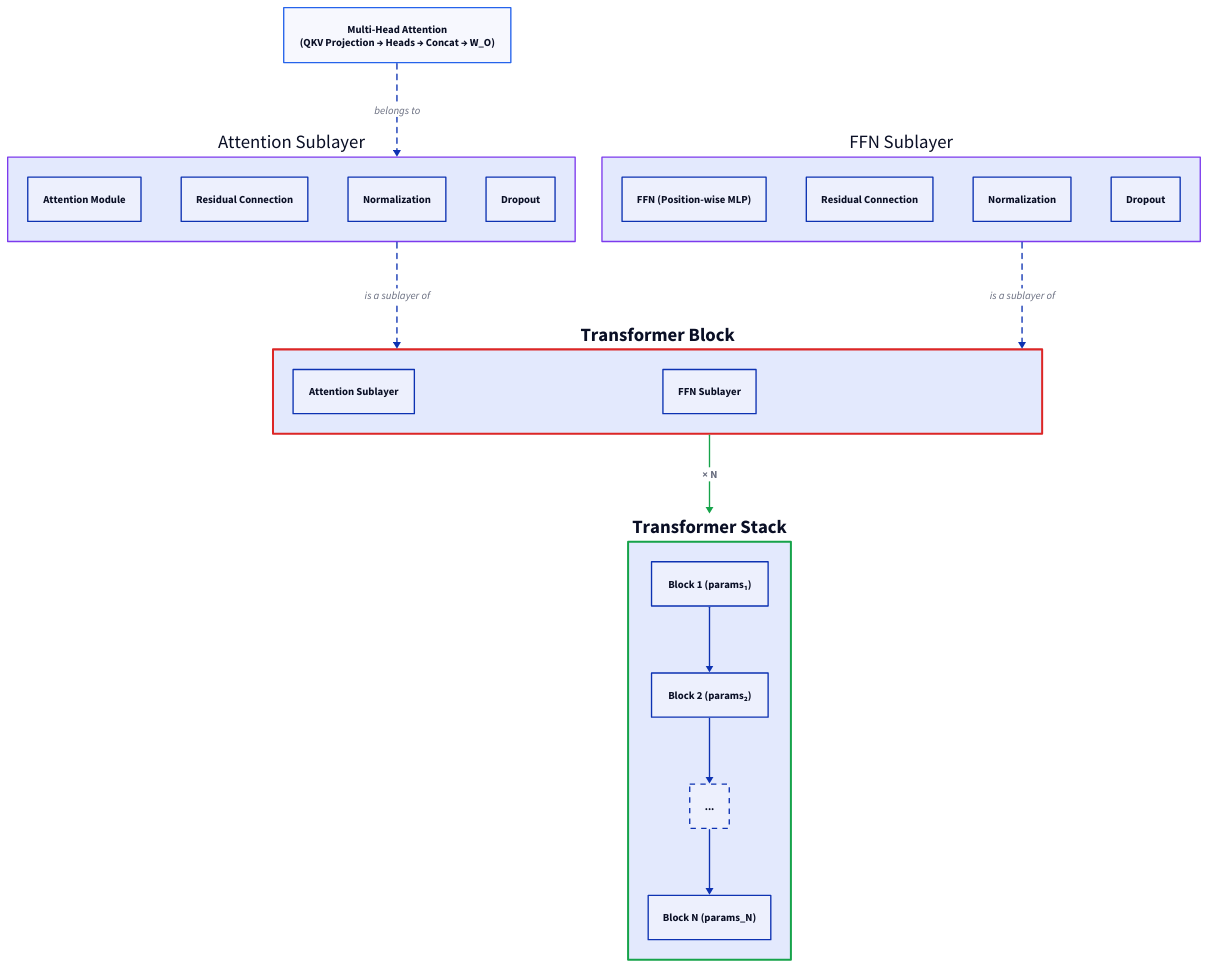
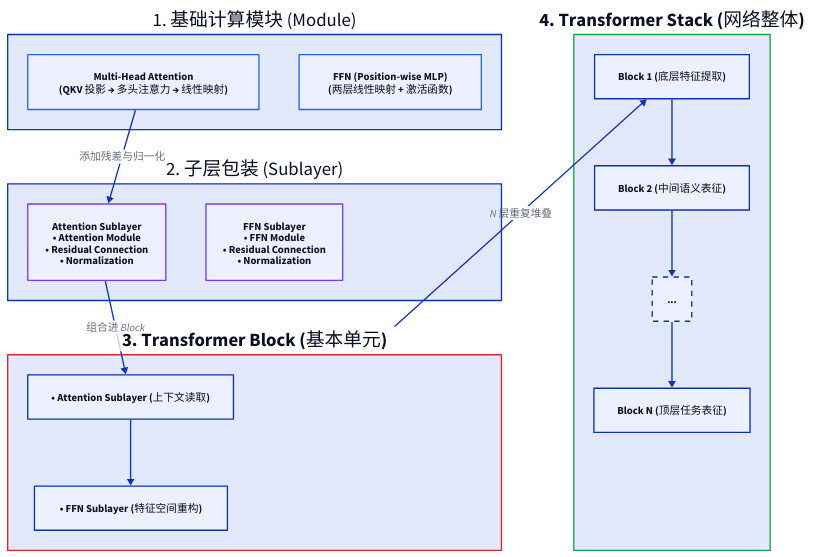
One commit to 111qqz/111qqz.github.io changed the diagram in images/transformer-block-residual-stream/terminology-hierarchy.d2. Above: the diagram before and after it, drawn with D2. The commit also changed 664 other files, not shown here.

Commit message:
fix: 修复近一月博文AI味、修正分类并重构超高D2图表 111qqz/hugo-blog@6bf4f5b307e531cbd004f0fceee9afe3fb040510

```diff
--- a/images/transformer-block-residual-stream/terminology-hierarchy.d2
+++ b/images/transformer-block-residual-stream/terminology-hierarchy.d2
@@ -1,66 +1,51 @@
-direction: down
+grid-columns: 2
 
-mha: Multi-Head Attention Module {
-  style.stroke: "#2563eb"
+modules: "1. 基础计算模块 (Module)" {
+  direction: down
+  mha: "Multi-Head Attention\n(QKV 投影 → 多头注意力 → 线性映射)" {
+    style.stroke: "#2563eb"
+    style.bold: true
+  }
+  ffn: "FFN (Position-wise MLP)\n(两层线性映射 + 激活函数)" {
+    style.stroke: "#2563eb"
+    style.bold: true
+  }
+}
+
+sublayers: "2. 子层包装 (Sublayer)" {
+  direction: down
+  attn_sub: "Attention Sublayer\n• Attention Module\n• Residual Connection\n• Normalization" {
+    style.stroke: "#7c3aed"
+    style.bold: true
+  }
+  ffn_sub: "FFN Sublayer\n• FFN Module\n• Residual Connection\n• Normalization" {
+    style.stroke: "#7c3aed"
+    style.bold: true
+  }
+}
+
+block: "3. Transformer Block (基本单元)" {
+  direction: down
+  style.stroke: "#dc2626"
   style.stroke-width: 2
   style.bold: true
-  label: "Multi-Head Attention\n(QKV Projection → Heads → Concat → W_O)"
+  b_top: "• Attention Sublayer (上下文读取)"
+  b_bot: "• FFN Sublayer (特征空间重构)"
+  b_top -> b_bot
 }
 
-attn-sublayer: Attention Sublayer {
-  style.stroke: "#7c3aed"
+stack: "4. Transformer Stack (网络整体)" {
+  direction: down
+  style.stroke: "#16a34a"
   style.stroke-width: 2
-  attn: Attention Module
-  res: Residual Connection
-  norm: Normalization
-  dropout: Dropout
+  style.bold: true
+  b1: "Block 1 (底层特征提取)"
+  b2: "Block 2 (中间语义表征)"
+  dots: "..." {style.stroke-dash: 4}
+  bn: "Block N (顶层任务表征)"
+  b1 -> b2 -> dots -> bn
 }
 
-ffn-sublayer: FFN Sublayer {
-  style.stroke: "#7c3aed"
-  style.stroke-width: 2
-  ffn: FFN (Position-wise MLP)
-  res2: Residual Connection
-  norm2: Normalization
-  dropout2: Dropout
-}
-
-block: Transformer Block {
-  style.stroke: "#dc2626"
-  style.stroke-width: 3
-  style.bold: true
-  attn-sub: Attention Sublayer
-  ffn-sub: FFN Sublayer
-}
-
-stack: Transformer Stack {
-  style.stroke: "#16a34a"
-  style.stroke-width: 3
-  style.bold: true
-  b1: "Block 1 (params₁)"
-  b2: "Block 2 (params₂)"
-  dots: "..."  {
-    style.stroke-dash: 4
-  }
-  bn: "Block N (params_N)"
-  b1 -> b2
-  b2 -> dots
-  dots -> bn
-}
-
-mha -> attn-sublayer: "belongs to" {
-  style.stroke-dash: 4
-}
-
-attn-sublayer -> block: "is a sublayer of" {
-  style.stroke-dash: 4
-}
-
-ffn-sublayer -> block: "is a sublayer of" {
-  style.stroke-dash: 4
-}
-
-block -> stack: "× N" {
-  style.stroke: "#16a34a"
-  style.bold: true
-}
+modules.mha -> sublayers.attn_sub: "添加残差与归一化"
+sublayers.attn_sub -> block.b_top: "组合进 Block"
+block -> stack.b1: "N 层重复堆叠"
```
